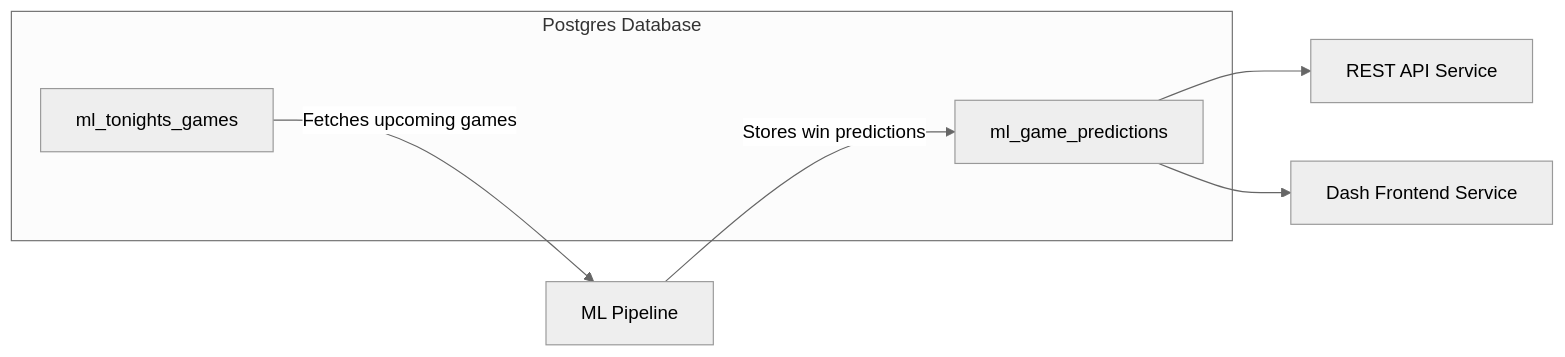
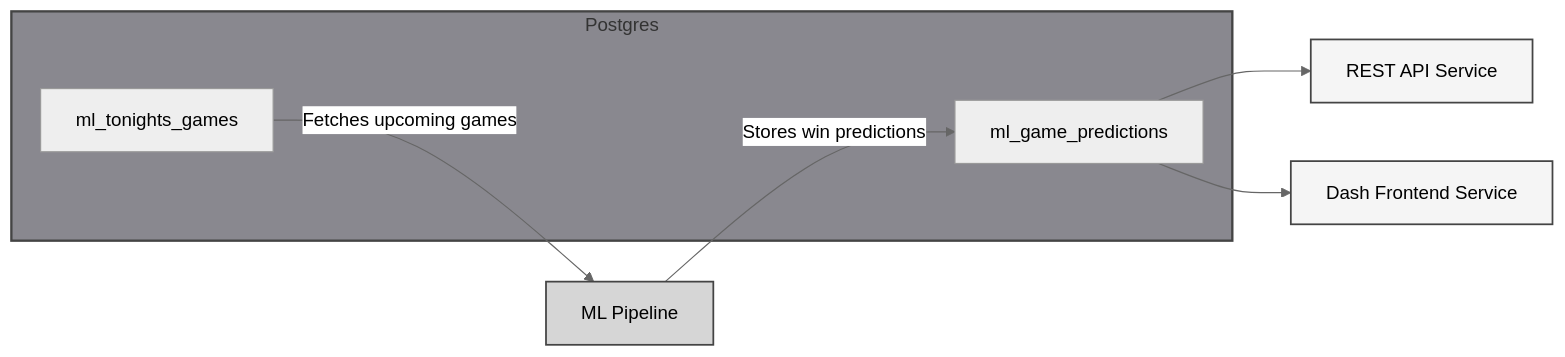
Before and after one commit to jyablonski/doqs: the first of 2 diagrams in src/content/docs/services/ml_pipeline.md, drawn with Mermaid (neutral theme). The commit also changed other lines of this file and 11 other files, not shown here.

````diff
--- a/src/content/docs/services/ml_pipeline.md
+++ b/src/content/docs/services/ml_pipeline.md
@@ -14,15 +14,20 @@
 ``` mermaid
 graph LR
-    subgraph A[Postgres Database]
+    subgraph PostgresDB[Postgres]
         T1[ml_tonights_games]
         T2[ml_game_predictions]
     end
 
-    T1 -->|Fetches upcoming games| B[ML Pipeline]
-    B -->|Stores win predictions| T2
+    T1 -->|Fetches upcoming games| ML[ML Pipeline]
+    ML -->|Stores win predictions| T2
 
-    T2 --> C[REST API Service]
-    T2 --> D[Dash Frontend Service]
+    T2 --> API[REST API Service]
+    T2 --> DASH[Dash Frontend Service]
+
+    style PostgresDB fill:#89888f,stroke:#444444,stroke-width:2px
+    style ML fill:#d6d6d6,stroke:#444444,stroke-width:1.5px
+    style API fill:#f5f5f5,stroke:#444444,stroke-width:1.5px
+    style DASH fill:#f5f5f5,stroke:#444444,stroke-width:1.5px
 
 
 ```
````
